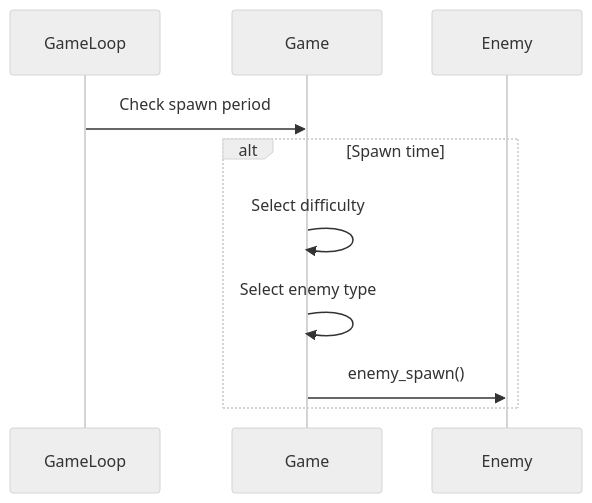
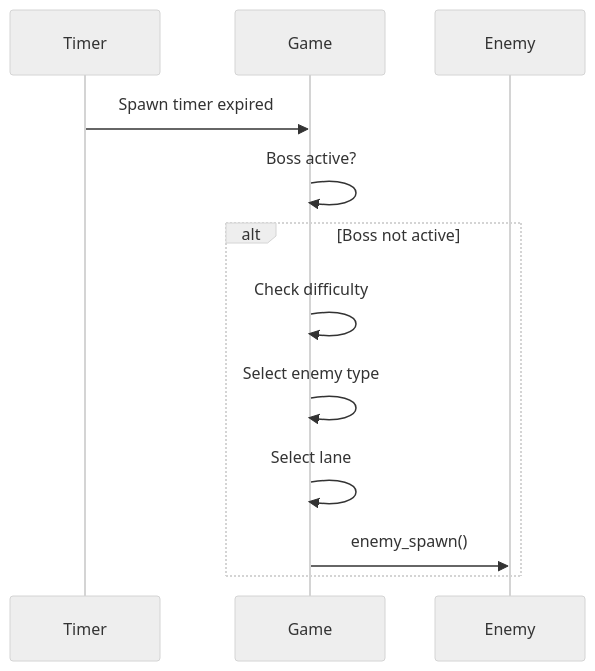
Before and after one commit to phihungnguyen1402-byte/Monster-Shooter_Game: the fifth of 9 diagrams in application/docs/03-software-architecture.md, drawn with Mermaid (neutral theme). The commit also changed other lines of this file, not shown here.

````diff
--- a/application/docs/03-software-architecture.md
+++ b/application/docs/03-software-architecture.md
@@ -163,19 +176,23 @@
 ```mermaid
 sequenceDiagram
 
-participant GameLoop
+participant Timer
 participant Game
 participant Enemy
 
-GameLoop->>Game: Check spawn period
+Timer->>Game: Spawn timer expired
 
-alt Spawn time
+Game->>Game: Boss active?
 
-    Game->>Game: Select difficulty
+alt Boss not active
 
-    Game->>Game: Select enemy type
+Game->>Game: Check difficulty
 
-    Game->>Enemy: enemy_spawn()
+Game->>Game: Select enemy type
+
+Game->>Game: Select lane
+
+Game->>Enemy: enemy_spawn()
 
 end
 ```
````
